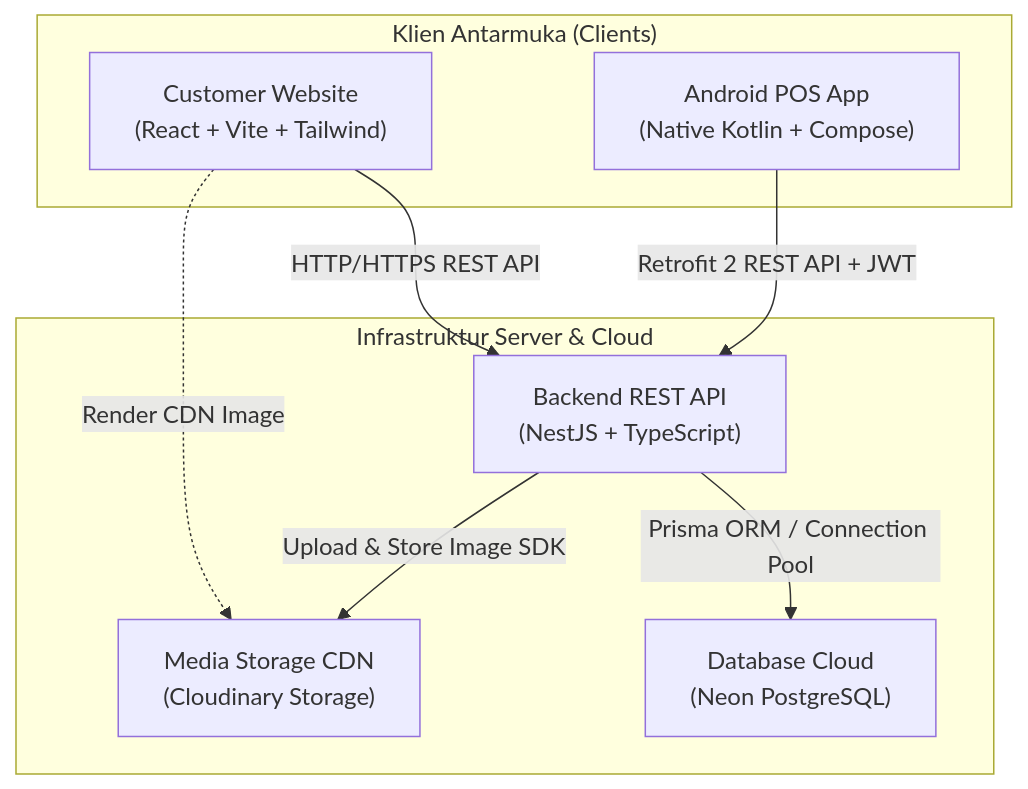
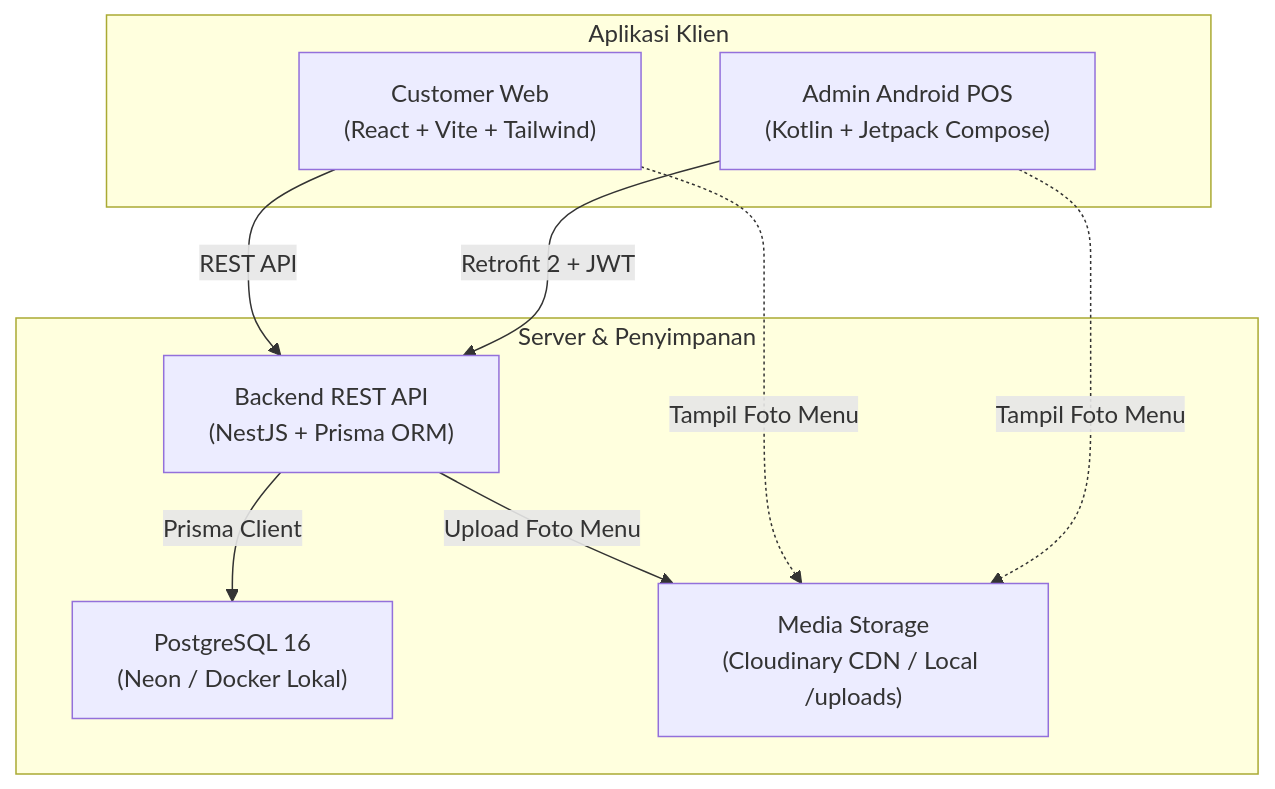
Before and after one commit to aldxynnn/kuliner-msme: the diagram in README.md, drawn with Mermaid. The commit also changed other lines of this file and 36 other files, not shown here.

Commit message:
feat(ui): redesign Aroma POS customer web and admin android

````diff
--- a/README.md
+++ b/README.md
@@ -76,19 +75,20 @@
 ```mermaid
 flowchart TD
-    subgraph Klien["Klien Antarmuka (Clients)"]
-        A["Customer Website\n(React + Vite + Tailwind)"]
-        B["Android POS App\n(Native Kotlin + Compose)"]
+    subgraph Clients["Aplikasi Klien"]
+        A["Customer Web\n(React + Vite + Tailwind)"]
+        B["Admin Android POS\n(Kotlin + Jetpack Compose)"]
     end
 
-    subgraph Server["Infrastruktur Server & Cloud"]
-        C["Backend REST API\n(NestJS + TypeScript)"]
-        D["Database Cloud\n(Neon PostgreSQL)"]
-        E["Media Storage CDN\n(Cloudinary Storage)"]
+    subgraph Server["Server & Penyimpanan"]
+        C["Backend REST API\n(NestJS + Prisma ORM)"]
+        D["PostgreSQL 16\n(Neon / Docker Lokal)"]
+        E["Media Storage\n(Cloudinary CDN / Local /uploads)"]
     end
 
-    A -->|HTTP/HTTPS REST API| C
-    B -->|Retrofit 2 REST API + JWT| C
-    C -->|Prisma ORM / Connection Pool| D
-    C -->|Upload & Store Image SDK| E
-    A -.->|Render CDN Image| E
+    A -->|REST API| C
+    B -->|Retrofit 2 + JWT| C
+    C -->|Prisma Client| D
+    C -->|Upload Foto Menu| E
+    A -.->|Tampil Foto Menu| E
+    B -.->|Tampil Foto Menu| E
 ```
````
